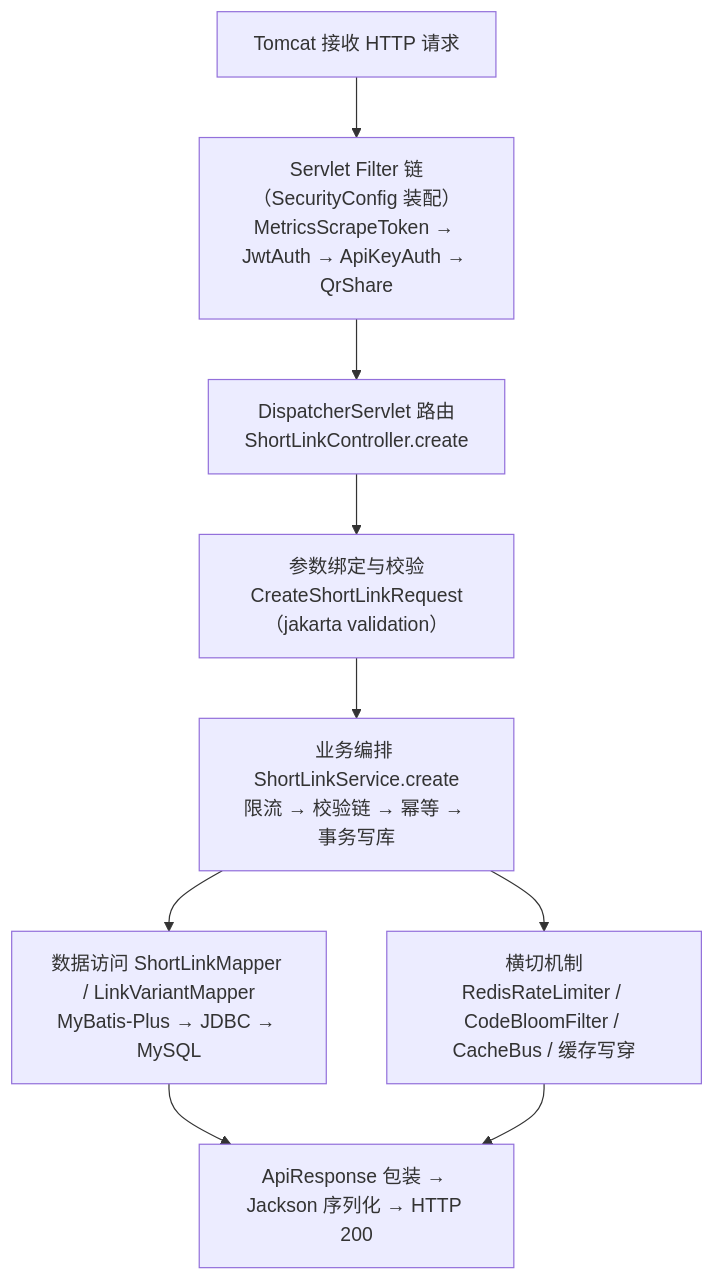
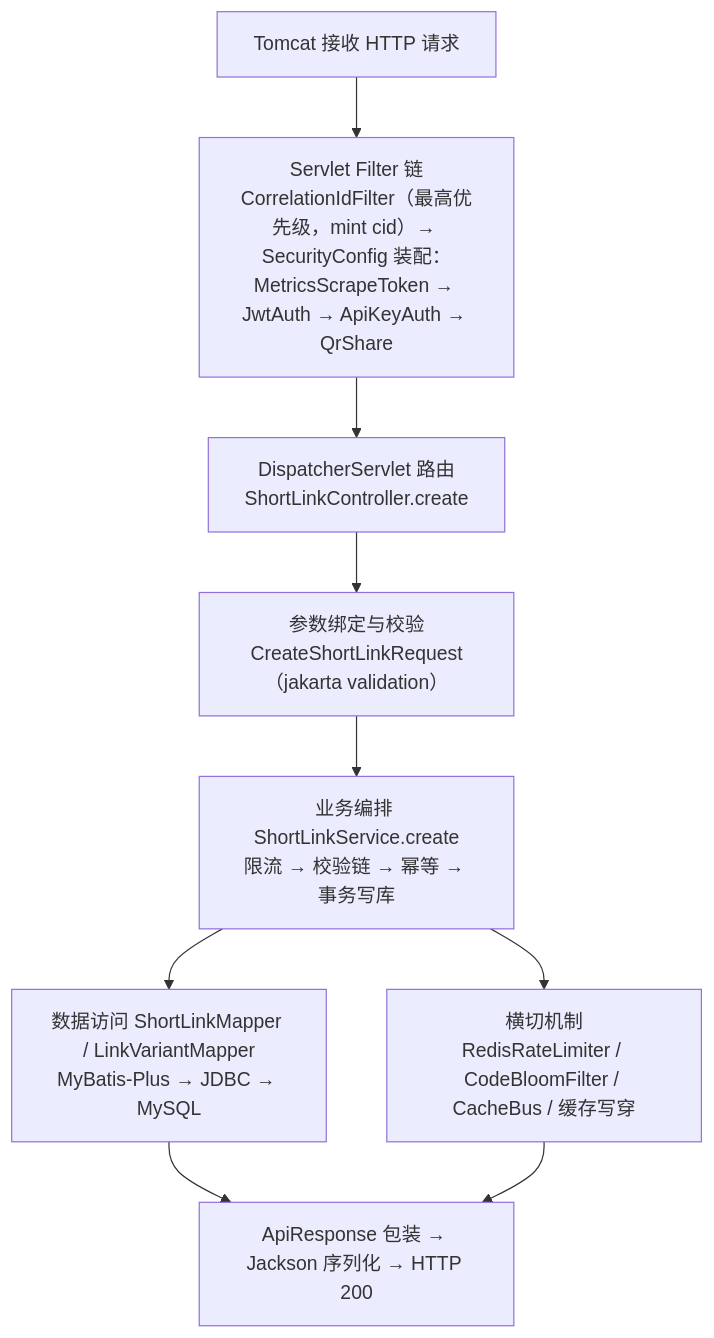
One commit to NorthAdb/LinkForge changed the second of 2 diagrams in docs/source-learning/02-architecture-map.md. Above: the diagram before and after it, drawn with Mermaid. The commit also changed other lines of this file and 62 other files, not shown here.

````diff
--- a/docs/source-learning/02-architecture-map.md
+++ b/docs/source-learning/02-architecture-map.md
@@ -138,11 +150,11 @@
 ```mermaid
 flowchart TD
-    A["Tomcat 接收 HTTP 请求"] --> B["Servlet Filter 链（SecurityConfig 装配）<br/>MetricsScrapeToken → JwtAuth → ApiKeyAuth → QrShare"]
+    A["Tomcat 接收 HTTP 请求"] --> B["Servlet Filter 链<br/>CorrelationIdFilter（最高优先级，mint cid）→ SecurityConfig 装配：<br/>MetricsScrapeToken → JwtAuth → ApiKeyAuth → QrShare"]
     B --> C["DispatcherServlet 路由<br/>ShortLinkController.create"]
     C --> D["参数绑定与校验<br/>CreateShortLinkRequest（jakarta validation）"]
     D --> E["业务编排 ShortLinkService.create<br/>限流 → 校验链 → 幂等 → 事务写库"]
     E --> F["数据访问 ShortLinkMapper / LinkVariantMapper<br/>MyBatis-Plus → JDBC → MySQL"]
     E --> G["横切机制<br/>RedisRateLimiter / CodeBloomFilter / CacheBus / 缓存写穿"]
     F --> H["ApiResponse 包装 → Jackson 序列化 → HTTP 200"]
     G --> H
 ```
````
